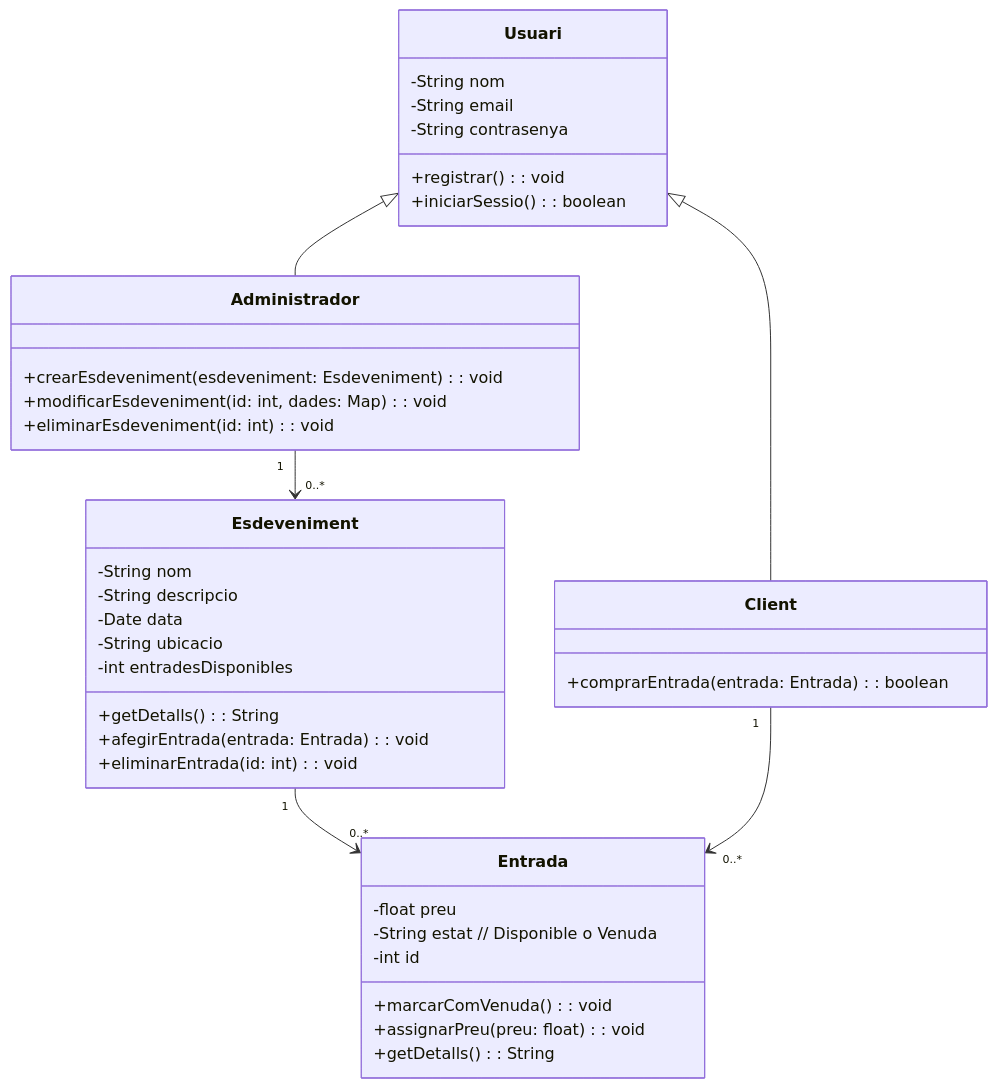
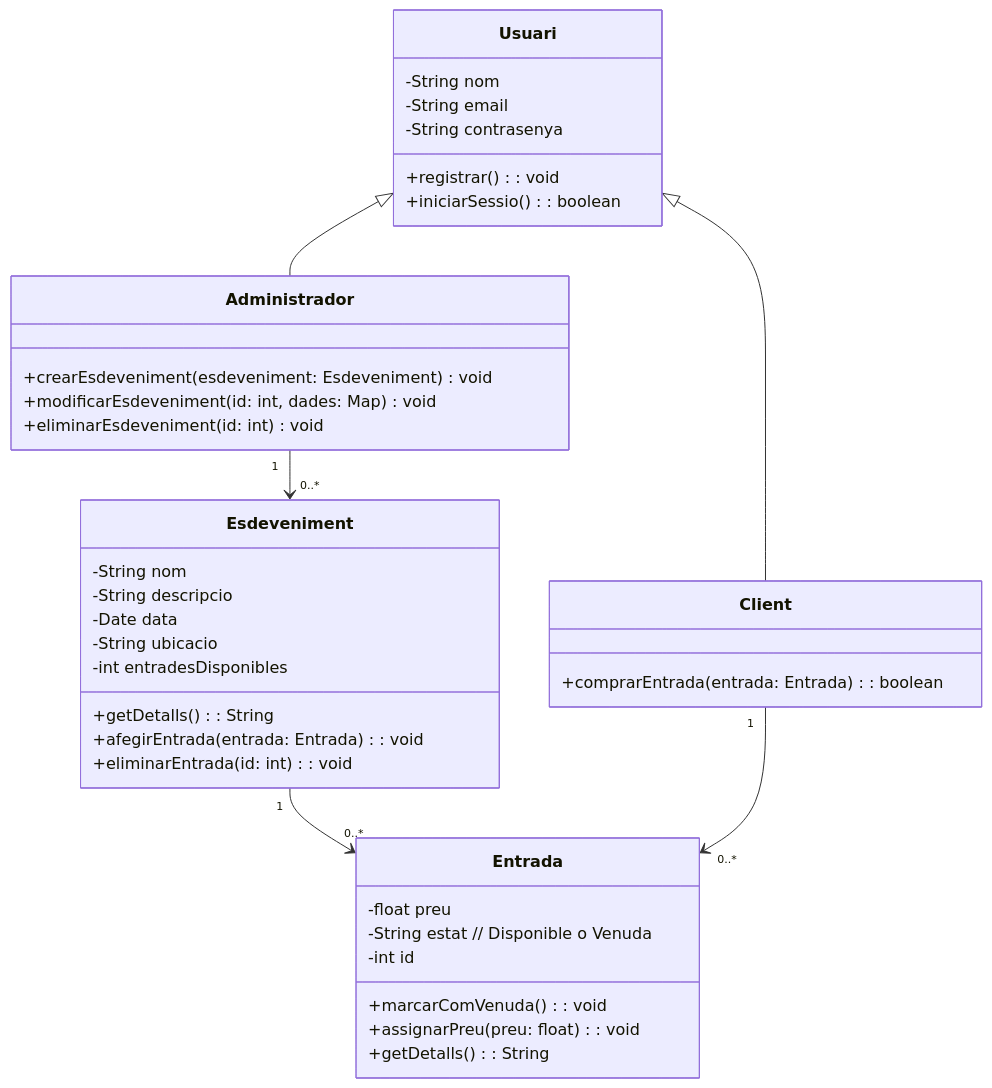
One commit to Ruben2006676/TapatApp changed the diagram in AppGestioEntrades.mermaid. Above: the diagram before and after it, drawn with Mermaid.

Commit message:
AppGestioEntrades.mermaid

```diff
--- a/AppGestioEntrades.mermaid
+++ b/AppGestioEntrades.mermaid
@@ -1,44 +1,44 @@
 classDiagram
     Usuari <|-- Client
     Usuari <|-- Administrador
     Esdeveniment "1" --> "0..*" Entrada
     Client "1" --> "0..*" Entrada
     Administrador "1" --> "0..*" Esdeveniment
 
     class Usuari {
         -String nom
         -String email
         -String contrasenya
         +registrar(): void
         +iniciarSessio(): boolean
     }
 
     class Client {
         +comprarEntrada(entrada: Entrada): boolean
     }
 
     class Administrador {
-        +crearEsdeveniment(esdeveniment: Esdeveniment): void
-        +modificarEsdeveniment(id: int, dades: Map): void
-        +eliminarEsdeveniment(id: int): void
+        +crearEsdeveniment(esdeveniment: Esdeveniment) void
+        +modificarEsdeveniment(id: int, dades: Map) void
+        +eliminarEsdeveniment(id: int) void
     }
 
     class Esdeveniment {
         -String nom
         -String descripcio
         -Date data
         -String ubicacio
         -int entradesDisponibles
         +getDetalls(): String
         +afegirEntrada(entrada: Entrada): void
         +eliminarEntrada(id: int): void
     }
 
     class Entrada {
         -float preu
         -String estat // Disponible o Venuda
         -int id
         +marcarComVenuda(): void
         +assignarPreu(preu: float): void
         +getDetalls(): String
     }
```
